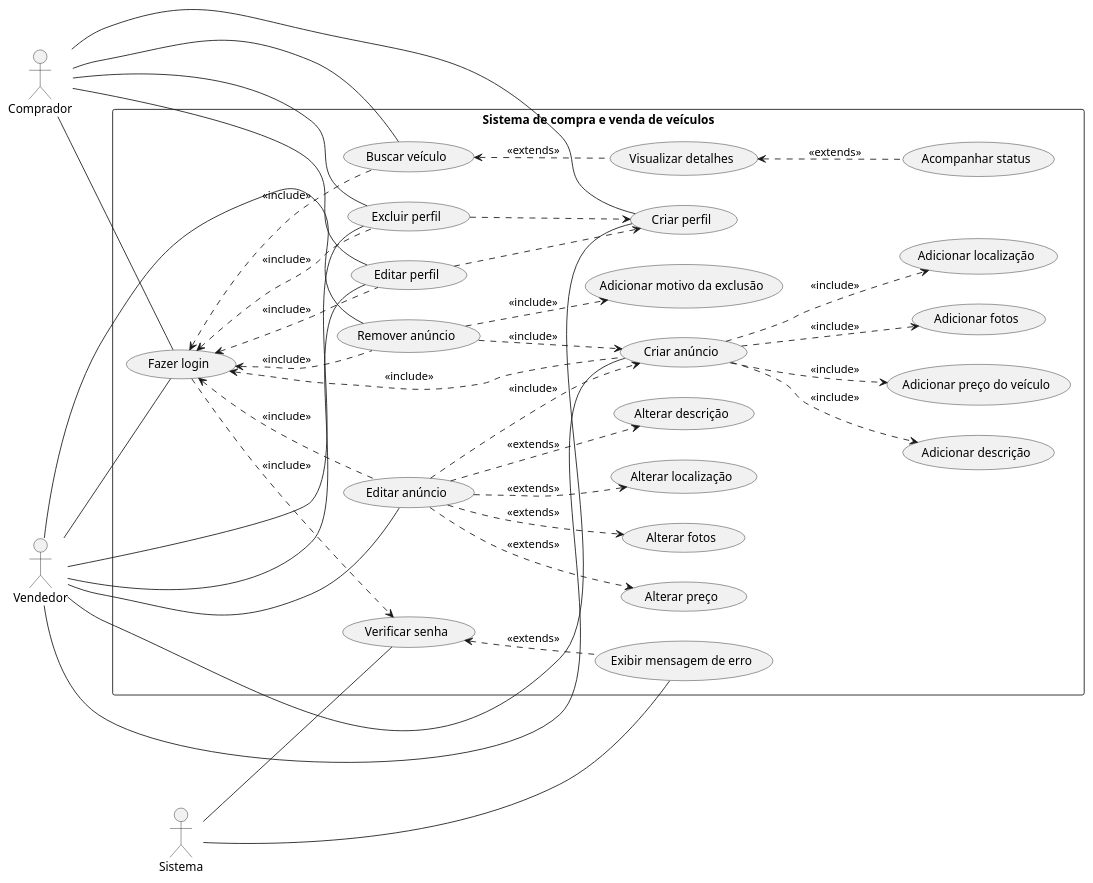
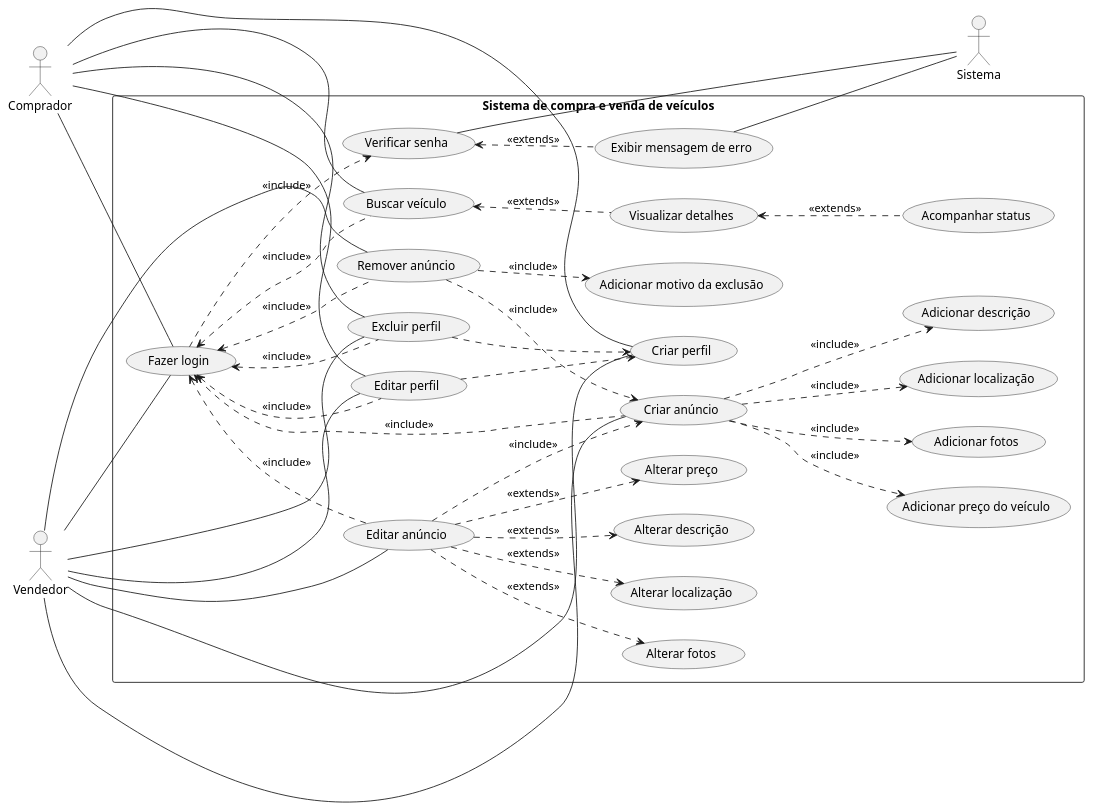
One commit to guilhermeoliveirateo/sistema-compra-venda-veiculos changed the diagram in uc_sistema.md. Above: the diagram before and after it, drawn with PlantUML.

````diff
--- a/uc_sistema.md
+++ b/uc_sistema.md
@@ -9,73 +9,73 @@
 ``` plantuml
 @startuml 
 
 left to right direction
 actor "Comprador" as comprador
 actor "Vendedor" as vendedor
 
 rectangle "Sistema de compra e venda de veículos"{
 usecase "Fazer login" as uc1
 usecase "Editar perfil" as uc2
 usecase "Criar anúncio" as uc3
 usecase "Editar anúncio" as uc4
 usecase "Remover anúncio" as uc5
 usecase "Buscar veículo" as uc6
 usecase "Verificar senha" as uc7
 usecase "Exibir mensagem de erro" as uc8
 usecase "Adicionar descrição" as uc9
 usecase "Adicionar preço do veículo" as uc10
 usecase "Alterar descrição" as uc11
 usecase "Alterar preço" as uc12
 usecase "Adicionar motivo da exclusão" as uc13
 usecase "Visualizar detalhes" as uc14
 usecase "Acompanhar status" as uc15
 usecase "Criar perfil" as uc16
 usecase "Adicionar fotos" as uc17
 usecase "Adicionar localização" as uc18
 usecase "Alterar fotos" as uc19
 usecase "Alterar localização" as uc20
 usecase "Excluir perfil" as uc21
 }
 
 actor "Sistema" as sistema
 
 vendedor -- uc16
 comprador -- uc16
 vendedor -- uc1
 comprador -- uc1
 uc1 ..> uc7 :<<include>>
 uc7 <.. uc8 :<<extends>>
 uc1 <.. uc2 :<<include>>
 uc1 <.. uc3 :<<include>>
 uc1 <.. uc4 :<<include>>
 uc1 <.. uc5 :<<include>>
 uc1 <.. uc6 :<<include>>
 uc1 <.. uc21 :<<include>>
 vendedor -- uc2
 comprador -- uc2
 vendedor -- uc21
 comprador -- uc21
 vendedor -- uc3
 uc3 ..> uc9 :<<include>>
 uc3 ..> uc10 :<<include>>
 uc3 ..> uc17 :<<include>>
 uc3 ..> uc18 :<<include>>
 vendedor -- uc4
 uc4 ..> uc11 :<<extends>>
 uc4 ..> uc12 :<<extends>>
 uc4 ..> uc19 :<<extends>>
 uc4 ..> uc20 :<<extends>>
 vendedor -- uc5
 uc5 ..> uc13 :<<include>>
 comprador -- uc6
 uc6 <.. uc14 :<<extends>>
 uc14 <.. uc15 :<<extends>>
 uc4 ..> uc3 :<<include>>
 uc5 ..> uc3 :<<include>>
-sistema -- uc7
-sistema -- uc8
+uc7 -- sistema
+uc8 -- sistema
 uc2 ..> uc16 <<include>>
 uc21 ..> uc16 <<include>>
  
 @enduml
 ```
````
